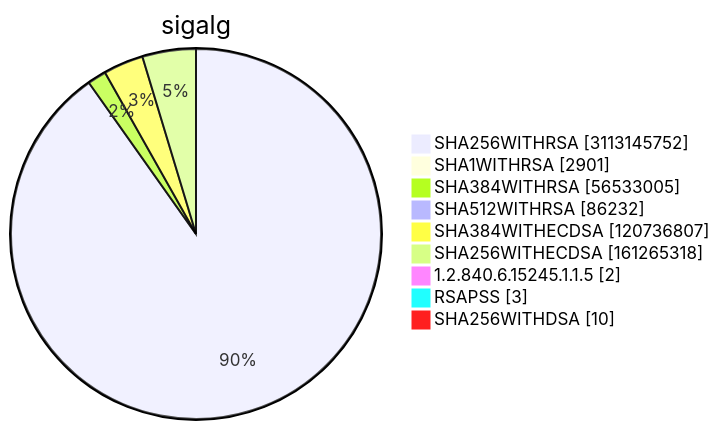
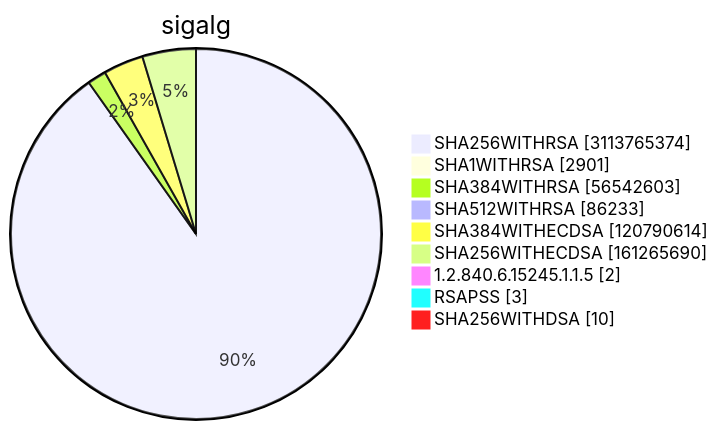
Diagram 15 of 15 in TOTAL/README.md (christiankrug/ctmonitor_visualization), drawn with Mermaid before and after one commit. The commit also changed other lines of this file, not shown here.

````diff
--- a/TOTAL/README.md
+++ b/TOTAL/README.md
@@ -6212,13 +6212,13 @@
 ```mermaid
 pie showData
 title sigalg
-"SHA256WITHRSA" :3113145752
+"SHA256WITHRSA" :3113765374
 "SHA1WITHRSA" :2901
-"SHA384WITHRSA" :56533005
-"SHA512WITHRSA" :86232
-"SHA384WITHECDSA" :120736807
-"SHA256WITHECDSA" :161265318
+"SHA384WITHRSA" :56542603
+"SHA512WITHRSA" :86233
+"SHA384WITHECDSA" :120790614
+"SHA256WITHECDSA" :161265690
 "1.2.840.6.15245.1.1.5" :2
 "RSAPSS" :3
 "SHA256WITHDSA" :10
 ```
````
